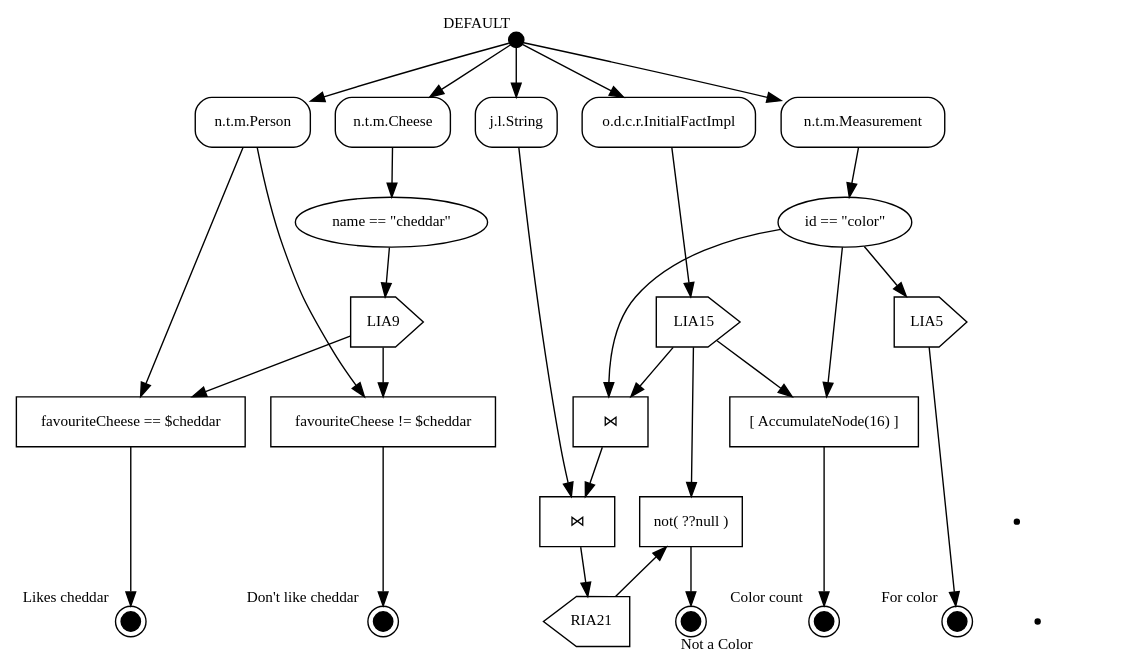
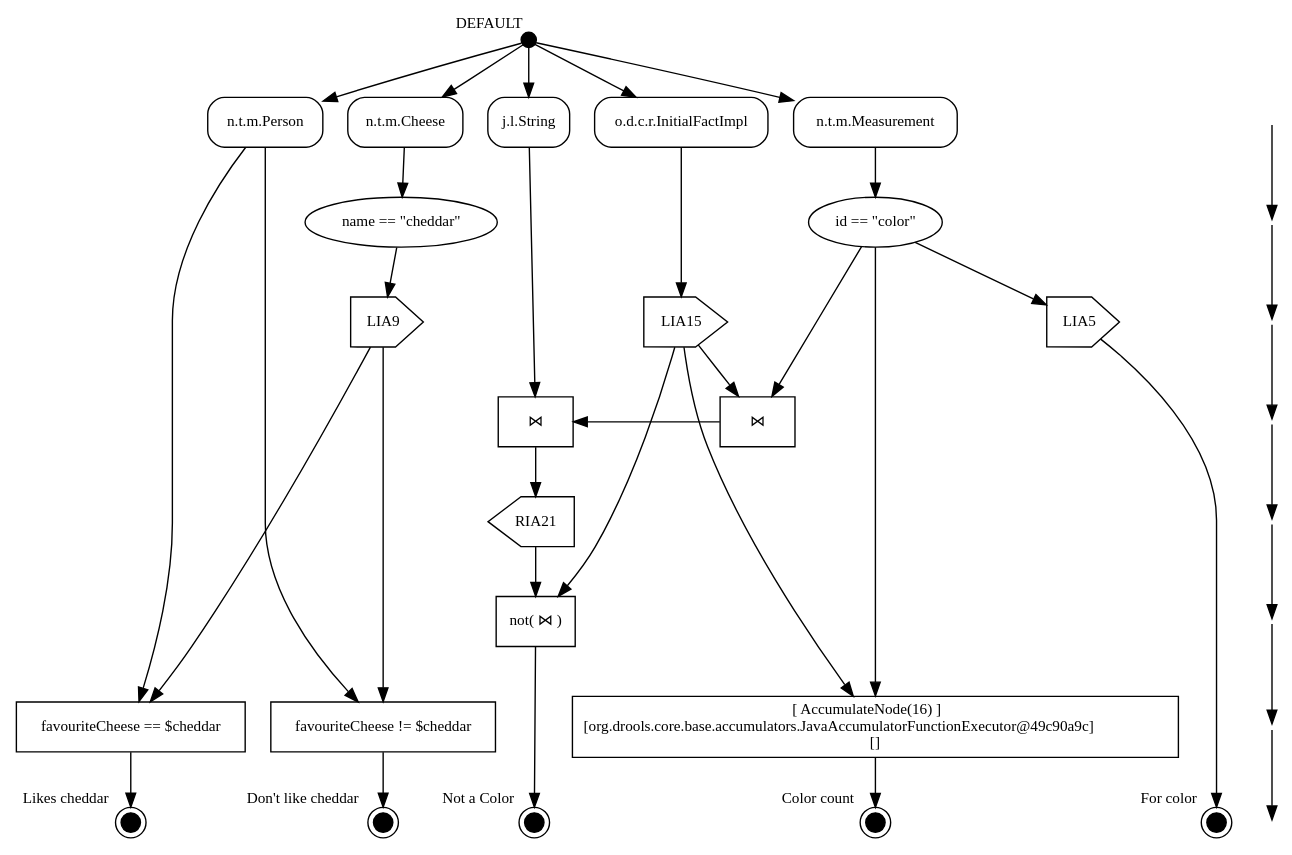
The diagram in test.gv (apache/incubator-kie-drools), drawn with Graphviz before and after one commit. The commit also changed 3 other files, not shown here.

```diff
--- a/test.gv
+++ b/test.gv
@@ -1,68 +1,68 @@
 digraph g {
 graph [fontname = "Overpass" fontsize=11];
  node [fontname = "Overpass" fontsize=11];
  edge [fontname = "Overpass" fontsize=11];
 
 EP1 [shape=circle width=0.15 fillcolor=black style=filled label="" xlabel="DEFAULT"] ;
 OTN7 [shape=rect style=rounded label="n.t.m.Cheese"] ;
 OTN2 [shape=rect style=rounded label="o.d.c.r.InitialFactImpl"] ;
 OTN19 [shape=rect style=rounded label="j.l.String"] ;
 OTN10 [shape=rect style=rounded label="n.t.m.Person"] ;
 OTN3 [shape=rect style=rounded label="n.t.m.Measurement"] ;
 AN8 [label="name == \"cheddar\""] ;
 AN4 [label="id == \"color\""] ;
 LIA9 [shape=house orientation=-90] ;
 LIA15 [shape=house orientation=-90] ;
 LIA5 [shape=house orientation=-90] ;
 RIA21 [shape=house orientation=90] ;
 BN11 [shape=box label="favouriteCheese == $cheddar" href="http://drools.org"] ;
 BN13 [shape=box label="favouriteCheese != $cheddar" href="http://drools.org"] ;
 BN18 [shape=box label="⋈" href="http://drools.org"] ;
 BN20 [shape=box label="⋈" href="http://drools.org"] ;
-BN16 [shape=box label="[ AccumulateNode(16) ]"] ;
-BN22 [shape=box label="not( ??null )"] ;
+BN16 [shape=box label=<[ AccumulateNode(16) ]<BR/>[org.drools.core.base.accumulators.JavaAccumulatorFunctionExecutor@49c90a9c]<BR/>[]>] ;
+BN22 [shape=box label="not( ⋈ )"] ;
 RTN12 [shape=doublecircle width=0.2 fillcolor=black style=filled label="" xlabel="Likes cheddar" href="http://drools.org"] ;
 RTN14 [shape=doublecircle width=0.2 fillcolor=black style=filled label="" xlabel="Don't like cheddar" href="http://drools.org"] ;
 RTN17 [shape=doublecircle width=0.2 fillcolor=black style=filled label="" xlabel="Color count" href="http://drools.org"] ;
 RTN23 [shape=doublecircle width=0.2 fillcolor=black style=filled label="" xlabel="Not a Color" href="http://drools.org"] ;
 RTN6 [shape=doublecircle width=0.2 fillcolor=black style=filled label="" xlabel="For color" href="http://drools.org"] ;
 
 EP1 -> OTN7 ;
 OTN7 -> AN8 ;
 AN8 -> LIA9 ;
 LIA9 -> BN11 ;
 BN11 -> RTN12 ;
 LIA9 -> BN13 ;
 BN13 -> RTN14 ;
 EP1 -> OTN2 ;
 OTN2 -> LIA15 ;
 LIA15 -> BN16 ;
 BN16 -> RTN17 ;
 LIA15 -> BN18 ;
 BN18 -> BN20 ;
 BN20 -> RIA21 ;
 RIA21 -> BN22 ;
 BN22 -> RTN23 ;
 LIA15 -> BN22 ;
 EP1 -> OTN19 ;
 OTN19 -> BN20 ;
 EP1 -> OTN10 ;
 OTN10 -> BN11 ;
 OTN10 -> BN13 ;
 EP1 -> OTN3 ;
 OTN3 -> AN4 ;
 AN4 -> LIA5 ;
 LIA5 -> RTN6 ;
 AN4 -> BN16 ;
 AN4 -> BN18 ;
 
  {rank=same; l1[style=invis, shape=point]; OTN19; OTN2; OTN10; OTN3; OTN7; }
  {rank=same; l2[style=invis, shape=point]; AN4; AN8; }
  {rank=same; l3[style=invis, shape=point]; LIA15; LIA9; LIA5; }
- {rank=same; lria[style=dashed, shape=point]; RIA21; }
- {rank=same; lriabeta[style=dotted, shape=point]; BN20; BN22; }
- {rank=same; l4[style=invis, shape=point]; BN11; BN18;  BN13;  BN16; }
+ {rank=same; lria[style=invis, shape=point]; RIA21; }
+ {rank=same; lriaSources[style=invis, shape=point]; BN18; BN20; }
+ {rank=same; lsubbeta[style=invis, shape=point]; BN22; }
+ {rank=same; l4[style=invis, shape=point]; BN11; BN13; BN16; }
  {rank=same; l5[style=invis, shape=point]; RTN14; RTN17; RTN23; RTN12; RTN6; }
- edge[style=invis];
- l1->l2->l3->lriabeta->lria->l4->l5;
+ l1->l2->l3->lriaSources->lria->lsubbeta->l4->l5;
 }
```
